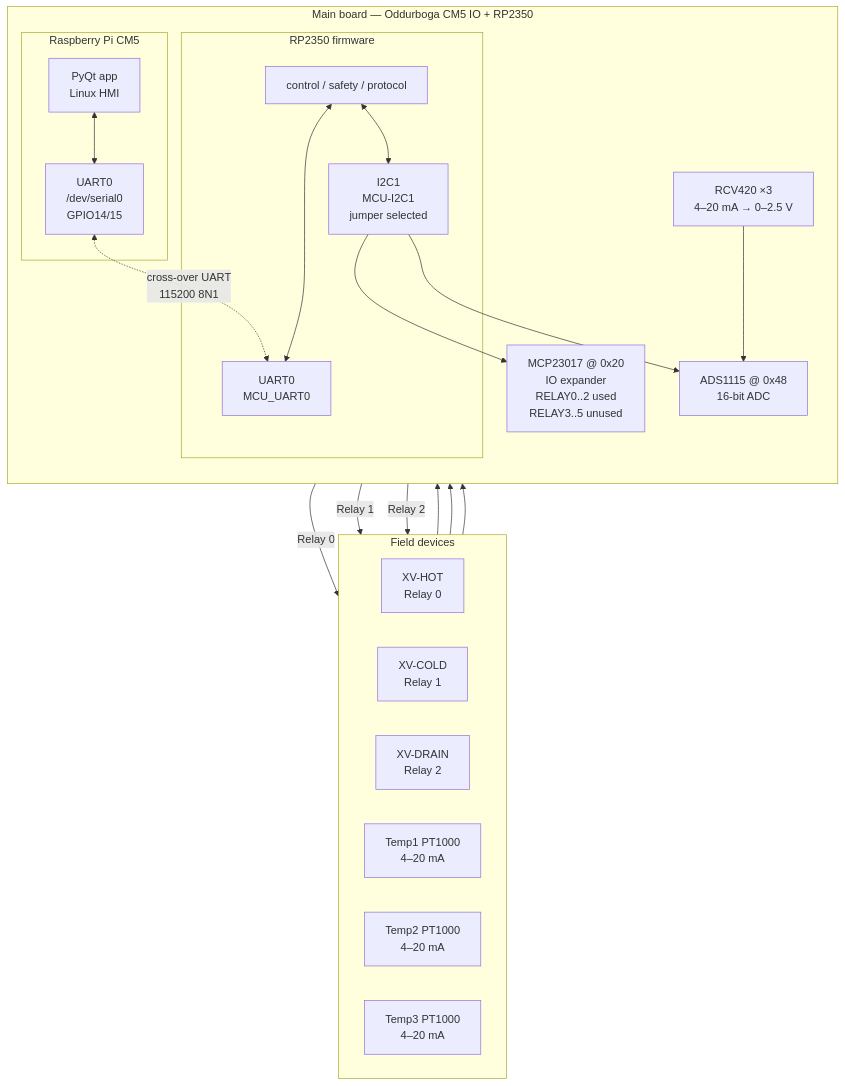
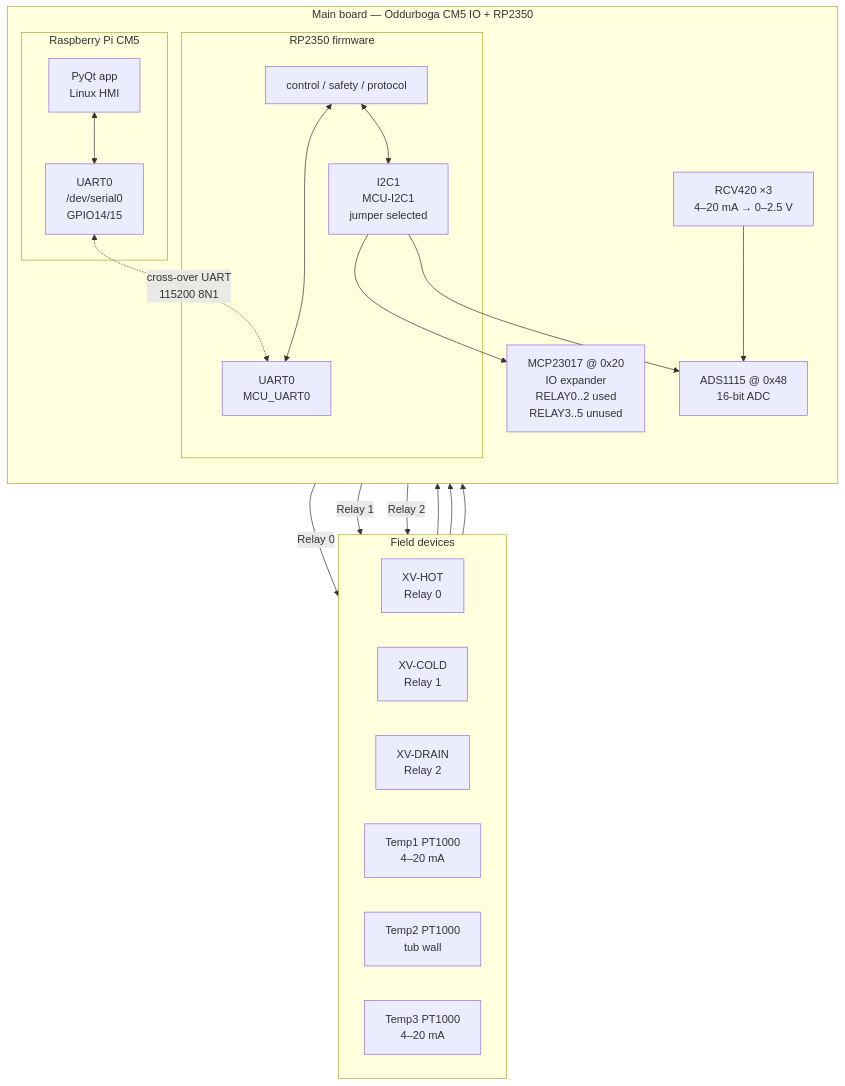
The second of 5 diagrams in doc/diagrams.md (raspipcb/oddurboga-cm5-rp2350), drawn with Mermaid before and after one commit. The commit also changed other lines of this file and 3 other files, not shown here.

````diff
--- a/doc/diagrams.md
+++ b/doc/diagrams.md
@@ -54,46 +58,46 @@
 ```mermaid
 flowchart TB
   subgraph PLANT["Field devices"]
     direction LR
     V0["XV-HOT<br/>Relay 0"]
     V1["XV-COLD<br/>Relay 1"]
     V2["XV-DRAIN<br/>Relay 2"]
     S1["Temp1 PT1000<br/>4–20 mA"]
-    S2["Temp2 PT1000<br/>4–20 mA"]
+    S2["Temp2 PT1000<br/>tub wall"]
     S3["Temp3 PT1000<br/>4–20 mA"]
   end
 
   subgraph MAIN["Main board — Oddurboga CM5 IO + RP2350"]
     direction TB
     subgraph CM5BOX["Raspberry Pi CM5"]
       PYQT["PyQt app<br/>Linux HMI"]
       UART_CM["UART0<br/>/dev/serial0<br/>GPIO14/15"]
       PYQT <--> UART_CM
     end
 
     subgraph RPBOX["RP2350 firmware"]
       FW["control / safety / protocol"]
       UART_MCU["UART0<br/>MCU_UART0"]
       I2C["I2C1<br/>MCU-I2C1<br/>jumper selected"]
       FW <--> UART_MCU
       FW <--> I2C
     end
 
     MCP["MCP23017 @ 0x20<br/>IO expander<br/>RELAY0..2 used<br/>RELAY3..5 unused"]
     ADS["ADS1115 @ 0x48<br/>16-bit ADC"]
     RCV["RCV420 ×3<br/>4–20 mA → 0–2.5 V"]
 
     I2C --> MCP
     I2C --> ADS
     RCV --> ADS
   end
 
   UART_CM <-.->|"cross-over UART<br/>115200 8N1"| UART_MCU
 
   MCP -->|"Relay 0"| V0
   MCP -->|"Relay 1"| V1
   MCP -->|"Relay 2"| V2
   S1 --> RCV
   S2 --> RCV
   S3 --> RCV
 ```
````
